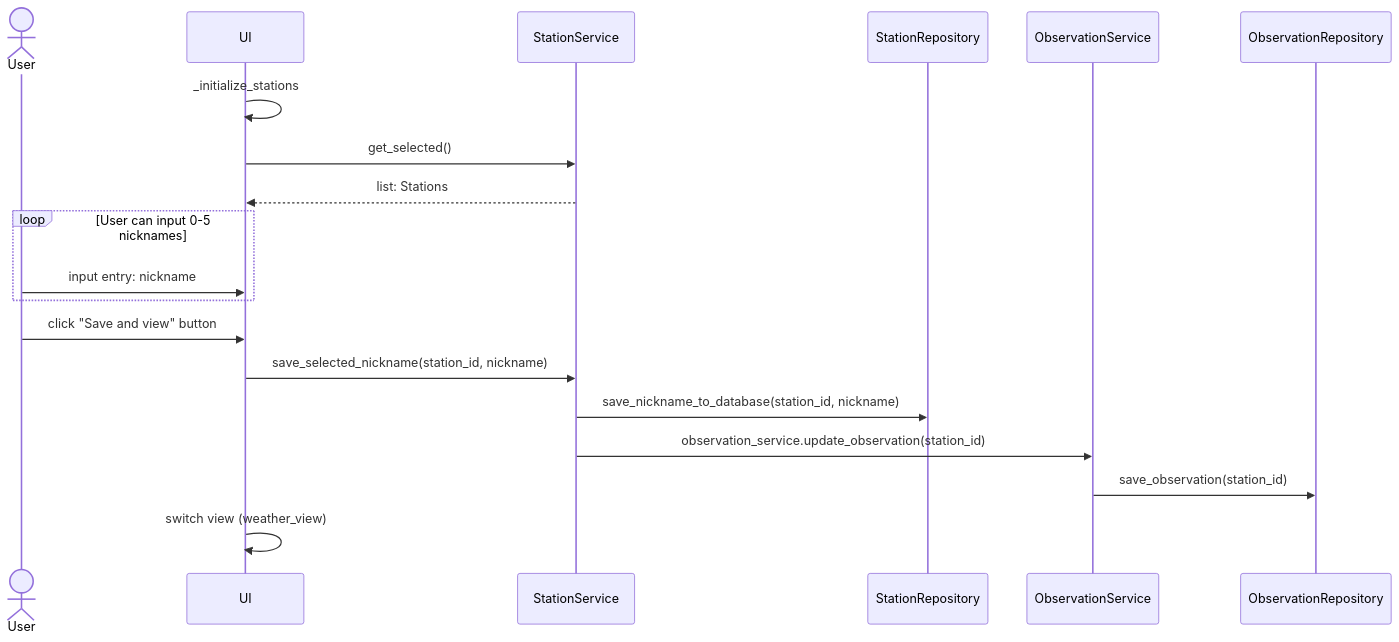
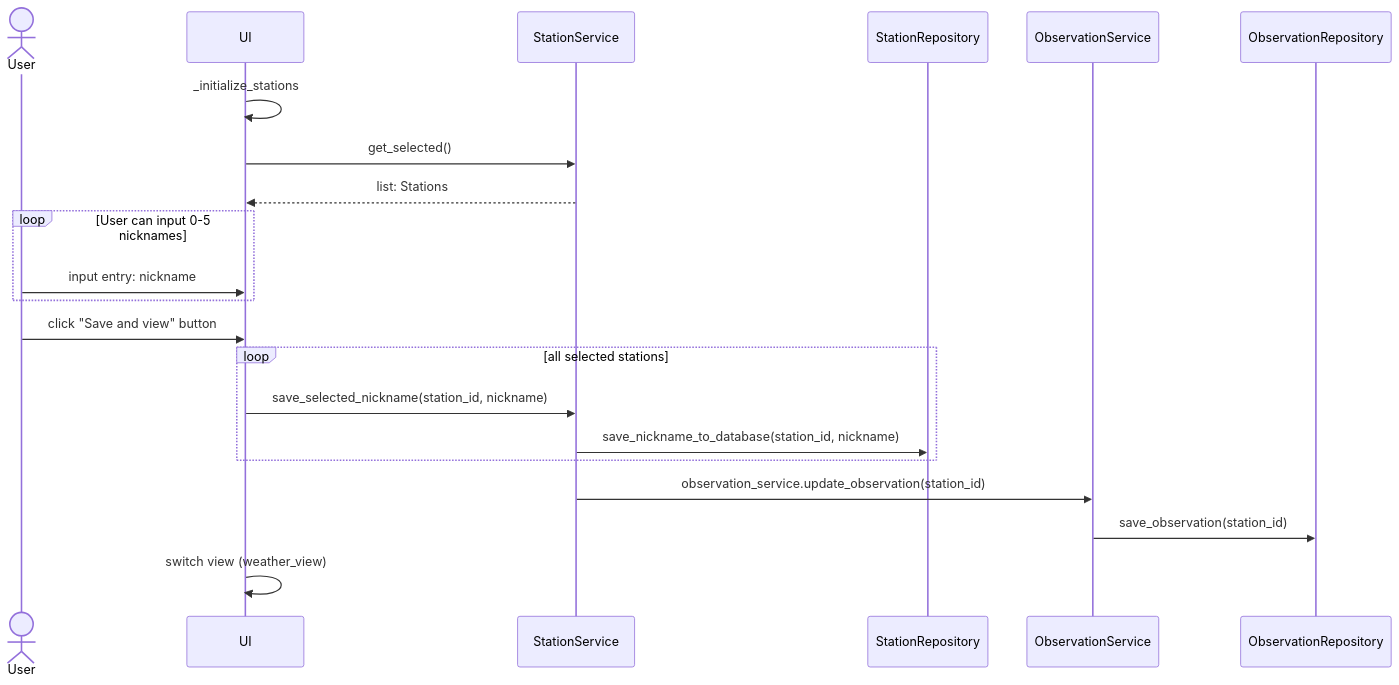
One commit to mcpaulafi/ot-harjoitustyo changed the fifth of 7 diagrams in documentation/architecture.md. Above: the diagram before and after it, drawn with Mermaid. The commit also changed other lines of this file and 2 other files, not shown here.

Commit message:
Removed settings table from database

````diff
--- a/documentation/architecture.md
+++ b/documentation/architecture.md
@@ -192,27 +190,31 @@
 ```mermaid
 sequenceDiagram
     actor User
     participant UI
     participant StationService
     participant StationRepository
     participant ObservationService
     participant ObservationRepository
 
     UI->>UI: _initialize_stations
     UI->>StationService : get_selected()
     StationService-->>UI: list: Stations
 
     loop User can input 0-5 nicknames
         User->> UI: input entry: nickname
     end
+
     User->> UI: click "Save and view" button
+
+    loop all selected stations
     UI->>StationService: save_selected_nickname(station_id, nickname)
+    StationService->>StationRepository: save_nickname_to_database(station_id, nickname)
+    end
 
-    StationService->>StationRepository: save_nickname_to_database(station_id, nickname)
     StationService->>ObservationService: observation_service.update_observation(station_id)
     ObservationService->>ObservationRepository: save_observation(station_id)
 
     UI->>UI: switch view (weather_view)
 
 
 ```
````
